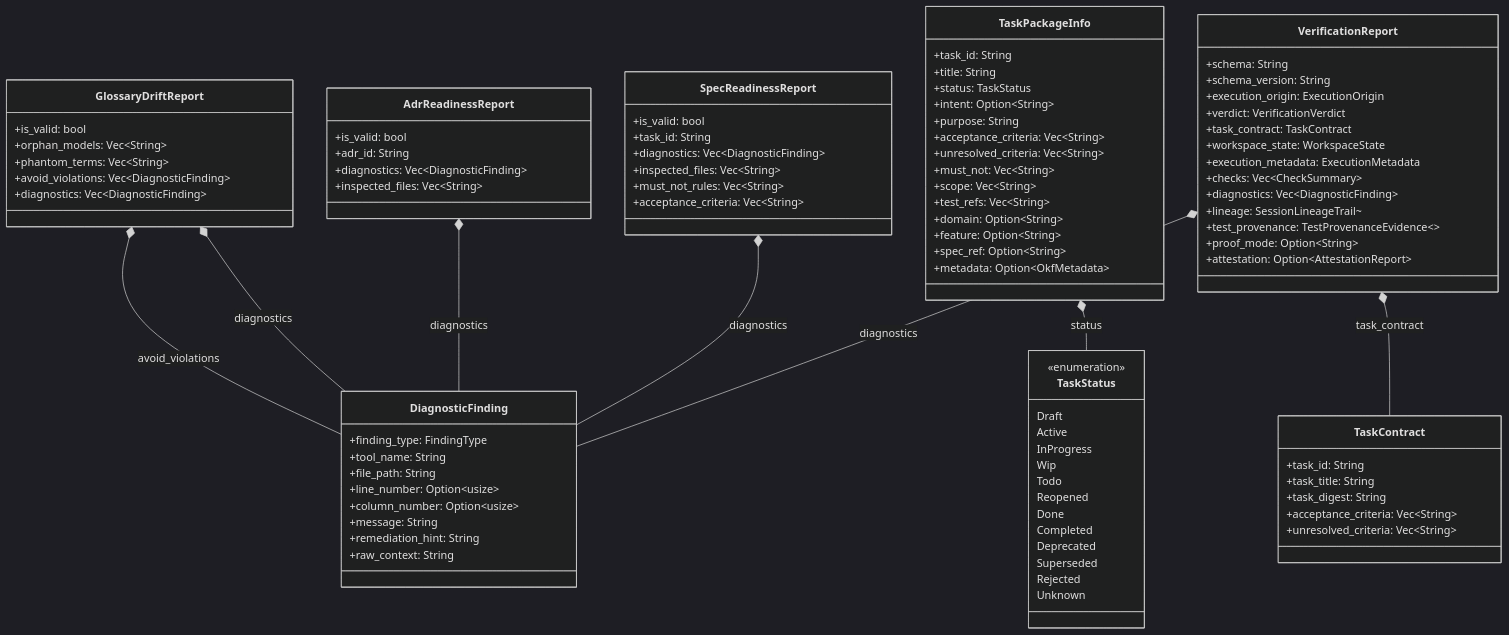
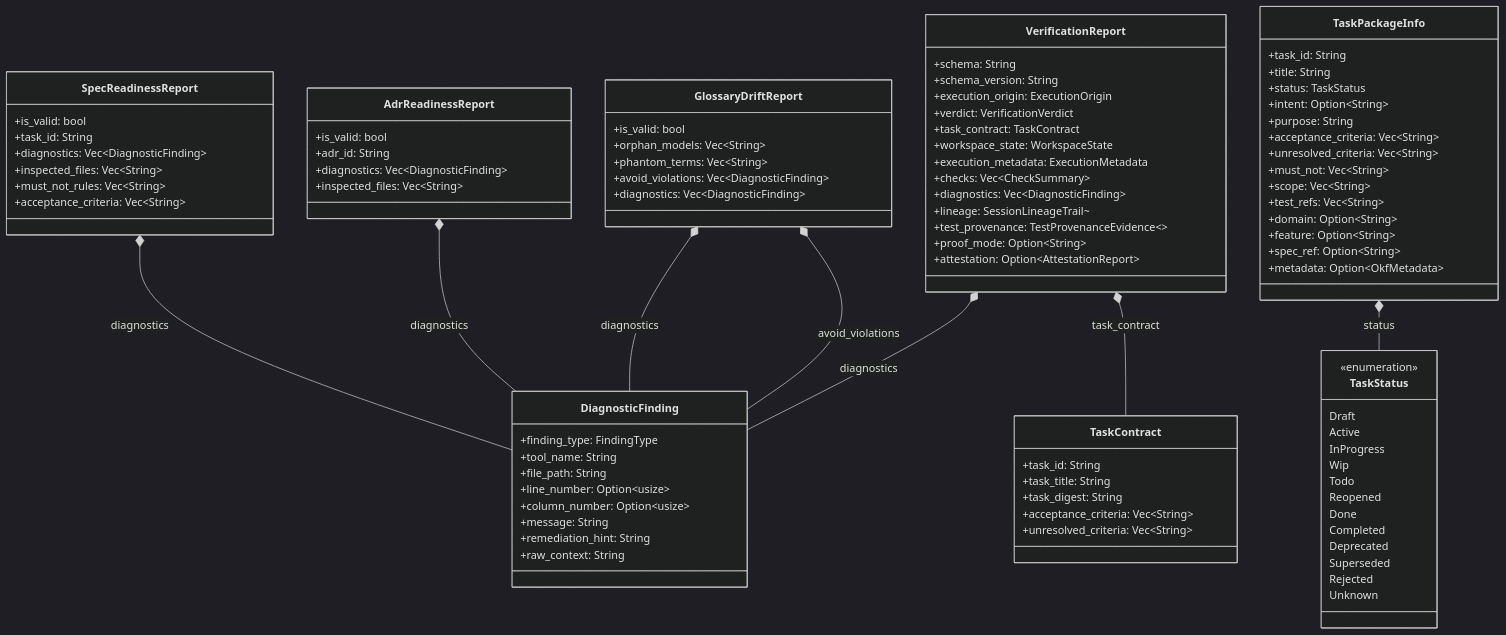
The diagram in docs/architecture/tasks.md (rolfmadsen/xgauntlet), drawn with Mermaid (dark theme) before and after one commit. The commit also changed other lines of this file and 17 other files, not shown here.

````diff
--- a/docs/architecture/tasks.md
+++ b/docs/architecture/tasks.md
@@ -104,11 +104,11 @@
         +attestation: Option~AttestationReport~
     }
 
+    VerificationReport *-- TaskContract : task_contract
+    VerificationReport *-- DiagnosticFinding : diagnostics
     GlossaryDriftReport *-- DiagnosticFinding : avoid_violations
     GlossaryDriftReport *-- DiagnosticFinding : diagnostics
+    TaskPackageInfo *-- TaskStatus : status
     AdrReadinessReport *-- DiagnosticFinding : diagnostics
-    TaskPackageInfo *-- TaskStatus : status
     SpecReadinessReport *-- DiagnosticFinding : diagnostics
-    VerificationReport *-- TaskContract : task_contract
-    VerificationReport *-- DiagnosticFinding : diagnostics
 ```
````
